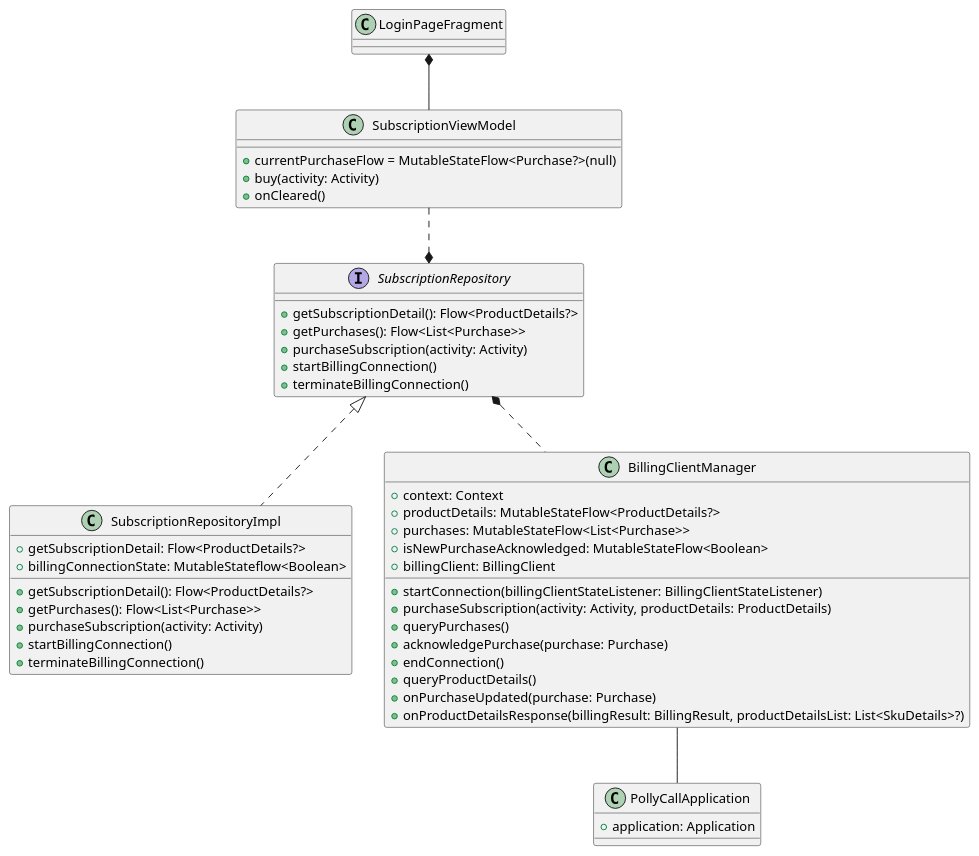
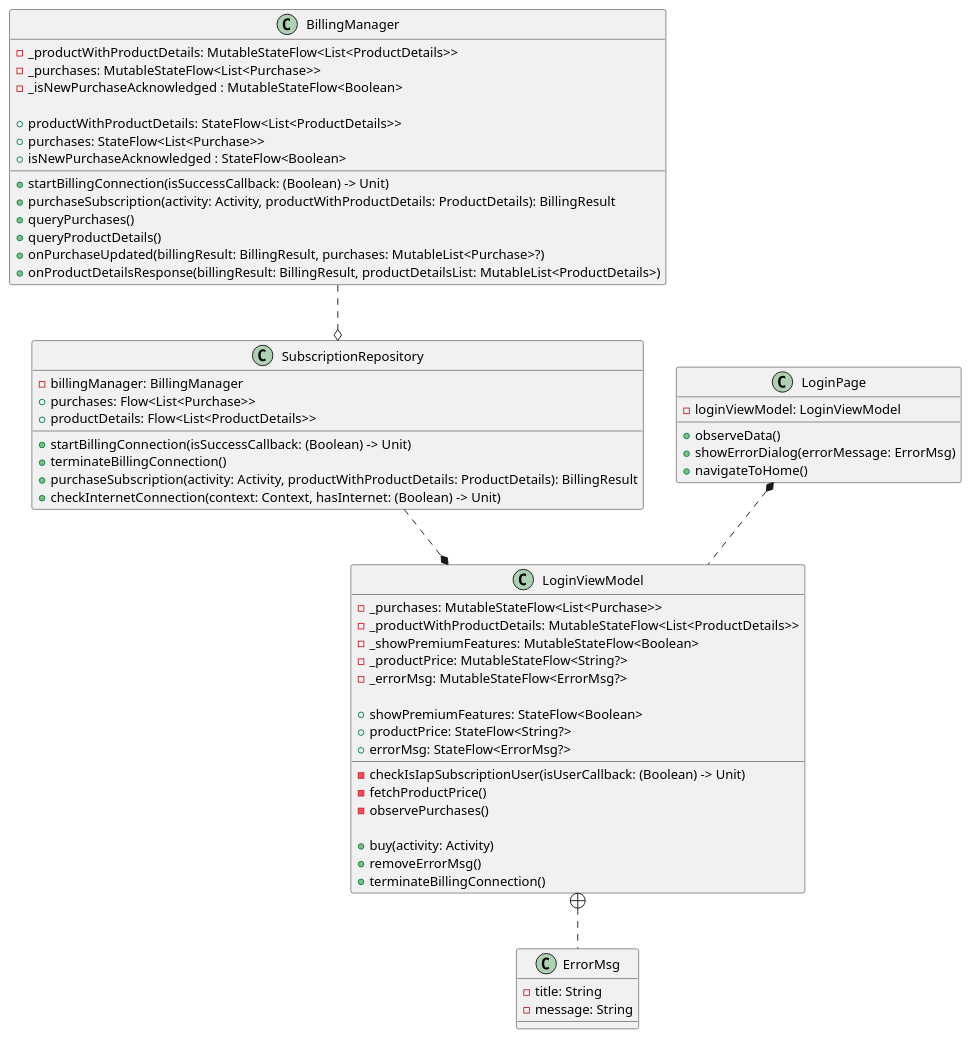
The diagram in app/src/main/java/com/pollyanna/pollycall/plantUML/PurchaseClass.puml (pollyannagogolook/PollyCall), drawn with PlantUML before and after one commit. The commit also changed 5 other files, not shown here.

Commit message:
update uml

```diff
--- a/app/src/main/java/com/pollyanna/pollycall/plantUML/PurchaseClass.puml
+++ b/app/src/main/java/com/pollyanna/pollycall/plantUML/PurchaseClass.puml
@@ -1,61 +1,83 @@
 @startuml
 'https://plantuml.com/class-diagram
 
-class PollyCallApplication{
-+ application: Application
-}
+' billing manager class
+class BillingManager{
+- _productWithProductDetails: MutableStateFlow<List<ProductDetails>>
+- _purchases: MutableStateFlow<List<Purchase>>
+- _isNewPurchaseAcknowledged : MutableStateFlow<Boolean>
 
-interface SubscriptionRepository {
-    + getSubscriptionDetail(): Flow<ProductDetails?>
-    + getPurchases(): Flow<List<Purchase>>
-    + purchaseSubscription(activity: Activity)
-    + startBillingConnection()
-    + terminateBillingConnection()
- }
++ productWithProductDetails: StateFlow<List<ProductDetails>>
++ purchases: StateFlow<List<Purchase>>
++ isNewPurchaseAcknowledged : StateFlow<Boolean>
 
-class SubscriptionRepositoryImpl {
-+ getSubscriptionDetail: Flow<ProductDetails?>
-+ billingConnectionState: MutableStateflow<Boolean>
-
-+ getSubscriptionDetail(): Flow<ProductDetails?>
-+ getPurchases(): Flow<List<Purchase>>
-+ purchaseSubscription(activity: Activity)
-+ startBillingConnection()
-+ terminateBillingConnection()
-}
-
-
-class BillingClientManager{
-
-+ context: Context
-+ productDetails: MutableStateFlow<ProductDetails?>
-+ purchases: MutableStateFlow<List<Purchase>>
-+ isNewPurchaseAcknowledged: MutableStateFlow<Boolean>
-+ billingClient: BillingClient
-
-+ startConnection(billingClientStateListener: BillingClientStateListener)
-+ purchaseSubscription(activity: Activity, productDetails: ProductDetails)
++ startBillingConnection(isSuccessCallback: (Boolean) -> Unit)
++ purchaseSubscription(activity: Activity, productWithProductDetails: ProductDetails): BillingResult
 + queryPurchases()
-+ acknowledgePurchase(purchase: Purchase)
-+ endConnection()
 + queryProductDetails()
-+ onPurchaseUpdated(purchase: Purchase)
-+ onProductDetailsResponse(billingResult: BillingResult, productDetailsList: List<SkuDetails>?)
-}
-
-
-class SubscriptionViewModel{
-+ currentPurchaseFlow = MutableStateFlow<Purchase?>(null)
-+ buy(activity: Activity)
-+ onCleared()
++ onPurchaseUpdated(billingResult: BillingResult, purchases: MutableList<Purchase>?)
++ onProductDetailsResponse(billingResult: BillingResult, productDetailsList: MutableList<ProductDetails>)
 }
 
 
 
-BillingClientManager  -- PollyCallApplication
-SubscriptionRepository *.. BillingClientManager
-SubscriptionRepository <|.. SubscriptionRepositoryImpl
-SubscriptionViewModel ..* SubscriptionRepository
-LoginPageFragment *-- SubscriptionViewModel
+class SubscriptionRepository{
+- billingManager: BillingManager
++ purchases: Flow<List<Purchase>>
++ productDetails: Flow<List<ProductDetails>>
+
++ startBillingConnection(isSuccessCallback: (Boolean) -> Unit)
++ terminateBillingConnection()
++ purchaseSubscription(activity: Activity, productWithProductDetails: ProductDetails): BillingResult
++ checkInternetConnection(context: Context, hasInternet: (Boolean) -> Unit)
+}
+
+
+' data class ErrorMsg
+class ErrorMsg{
+- title: String
+- message: String
+}
+
+
+' LoginViewModel class (inject subscriptionRepository)
+class LoginViewModel{
+- _purchases: MutableStateFlow<List<Purchase>>
+- _productWithProductDetails: MutableStateFlow<List<ProductDetails>>
+- _showPremiumFeatures: MutableStateFlow<Boolean>
+- _productPrice: MutableStateFlow<String?>
+- _errorMsg: MutableStateFlow<ErrorMsg?>
+
++ showPremiumFeatures: StateFlow<Boolean>
++ productPrice: StateFlow<String?>
++ errorMsg: StateFlow<ErrorMsg?>
+
+- checkIsIapSubscriptionUser(isUserCallback: (Boolean) -> Unit)
+- fetchProductPrice()
+- observePurchases()
+
++ buy(activity: Activity)
++ removeErrorMsg()
++ terminateBillingConnection()
+}
+
+class LoginPage{
+- loginViewModel: LoginViewModel
++ observeData()
++ showErrorDialog(errorMessage: ErrorMsg)
++ navigateToHome()
+}
+
+
+' SubscriptionRepository class (inject billingManager)
+BillingManager ..o SubscriptionRepository
+SubscriptionRepository ..* LoginViewModel
+
+LoginViewModel +.. ErrorMsg
+
+LoginPage *.. LoginViewModel
+
+
+
 
 @enduml
```
